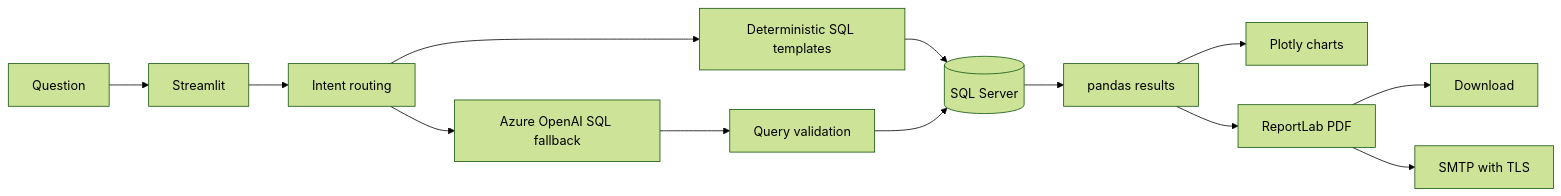
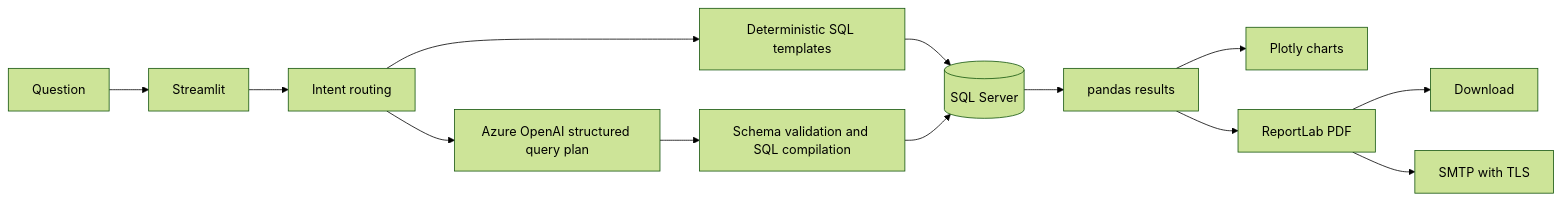
One commit to shree1216/AI-Analyst-chatbot_V2 changed the diagram in README.md. Above: the diagram before and after it, drawn with Mermaid (forest theme). The commit also changed other lines of this file and 2 other files, not shown here.

````diff
--- a/README.md
+++ b/README.md
@@ -54,15 +54,15 @@
 ```mermaid
 flowchart LR
     User[Question] --> UI[Streamlit]
     UI --> Router[Intent routing]
     Router --> Rules[Deterministic SQL templates]
-    Router --> AI[Azure OpenAI SQL fallback]
-    AI --> Validation[Query validation]
+    Router --> AI[Azure OpenAI structured query plan]
+    AI --> Validation[Schema validation and SQL compilation]
     Rules --> DB[(SQL Server)]
     Validation --> DB
     DB --> Results[pandas results]
     Results --> Charts[Plotly charts]
     Results --> PDF[ReportLab PDF]
     PDF --> Download[Download]
     PDF --> Email[SMTP with TLS]
 ```
````
